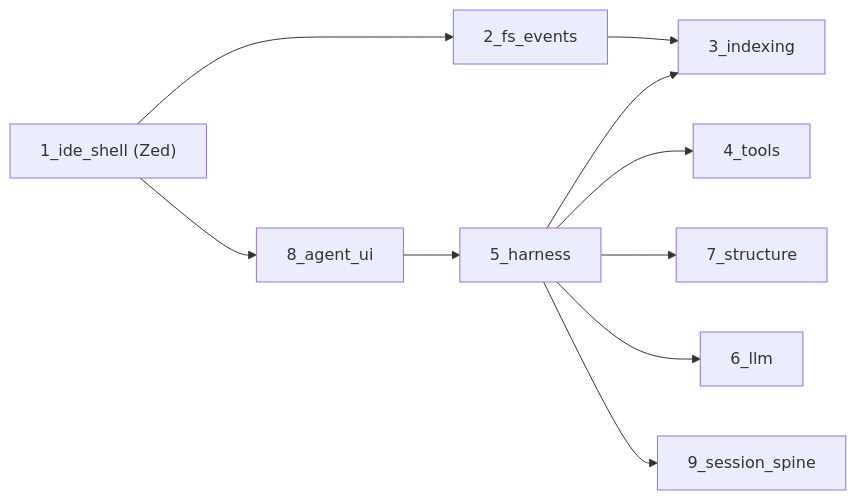
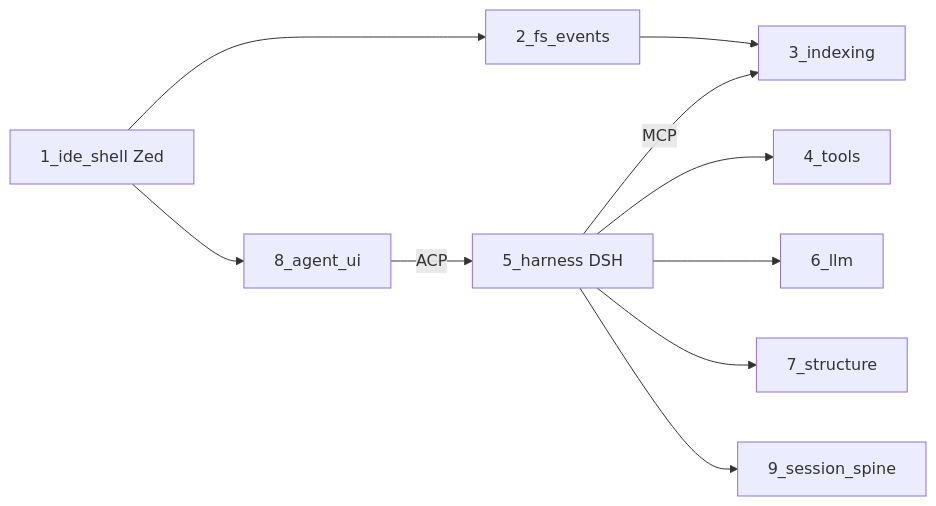
One commit to Lennaertds/cardine changed the second of 2 diagrams in docs/product/totaalproduct.md. Above: the diagram before and after it, drawn with Mermaid. The commit also changed other lines of this file and 20 other files, not shown here.

````diff
--- a/docs/product/totaalproduct.md
+++ b/docs/product/totaalproduct.md
@@ -32,12 +65,12 @@
 ```mermaid
 flowchart LR
-  ide["1_ide_shell (Zed)"] --> fs[2_fs_events]
+  ide["1_ide_shell Zed"] --> fs[2_fs_events]
+  ide --> ui[8_agent_ui]
+  ui -->|"ACP"| harness[5_harness DSH]
   fs --> idx[3_indexing]
-  ide --> ui[8_agent_ui]
-  ui --> harness[5_harness]
   harness --> tools[4_tools]
-  harness --> idx
+  harness --> llm[6_llm]
+  harness -->|"MCP"| idx
   harness --> struct[7_structure]
-  harness --> llm[6_llm]
   harness --> spine[9_session_spine]
 ```
````
